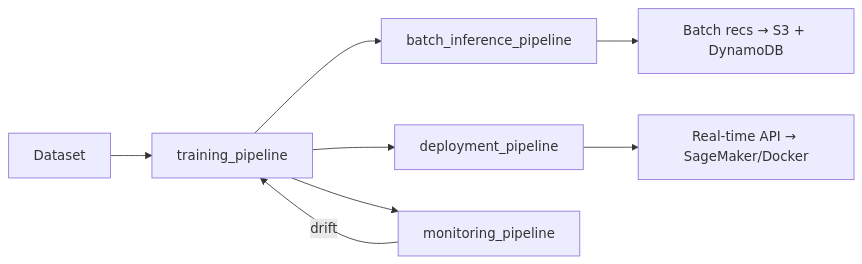
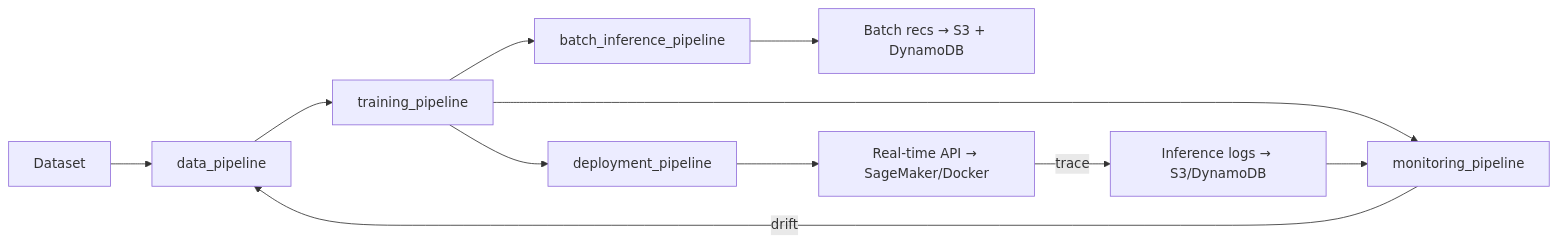
Before and after one commit to sagadana/zenml-mlops: the diagram in README.md, drawn with Mermaid.

Commit message:
update arch diagram

````diff
--- a/README.md
+++ b/README.md
@@ -7,11 +7,13 @@
 ```mermaid
 graph LR
-    D[Dataset] --> TP[training_pipeline]
+    D[Dataset] --> DAP[data_pipeline]
+    DAP --> TP[training_pipeline]
     TP --> BI[batch_inference_pipeline]
     TP --> DP[deployment_pipeline]
-    TP --> MP[monitoring_pipeline]
-    MP -->|drift| TP
-
     BI --> B[Batch recs → S3 + DynamoDB]
     DP --> R[Real-time API → SageMaker/Docker]
+    R -->|trace| L[Inference logs → S3/DynamoDB]
+    TP --> MP[monitoring_pipeline]
+    MP -->|drift| DAP
+    L --> MP
 ```
````
